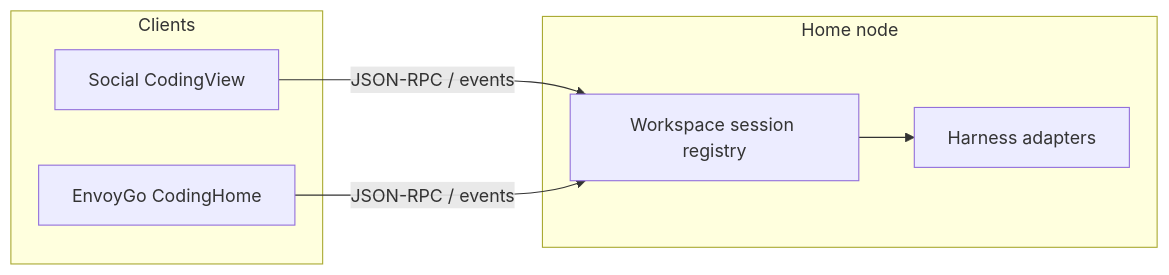
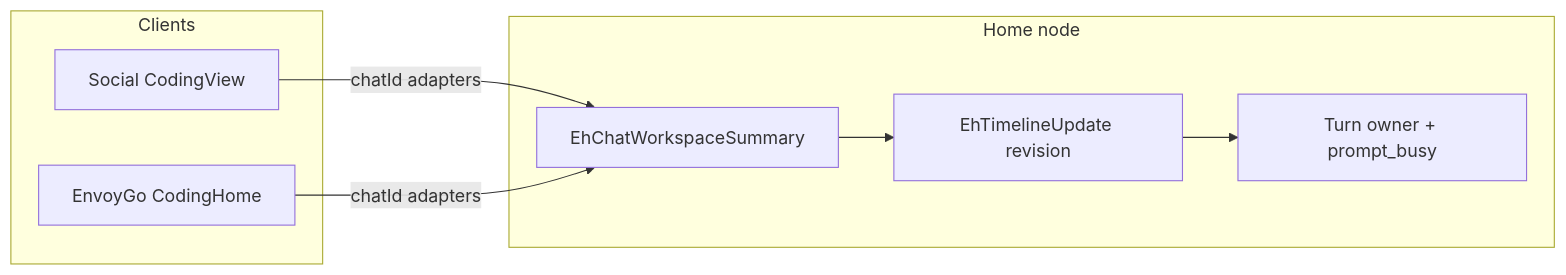
Before and after one commit to allenpeng0705/EnvoyMesh: the diagram in product_coding_tab_design.md, drawn with Mermaid. The commit also changed other lines of this file and 26 other files, not shown here.

````diff
--- a/product_coding_tab_design.md
+++ b/product_coding_tab_design.md
@@ -411,14 +559,16 @@
 ```mermaid
 flowchart LR
   subgraph clients [Clients]
     Social[Social CodingView]
     EnvoyGo[EnvoyGo CodingHome]
   end
   subgraph home [Home node]
-    Registry[Workspace session registry]
-    Adapters[Harness adapters]
+    EhStore[EhChatWorkspaceSummary]
+    Timeline[EhTimelineUpdate revision]
+    Turn[Turn owner + prompt_busy]
   end
-  Social -->|JSON-RPC / events| Registry
-  EnvoyGo -->|JSON-RPC / events| Registry
-  Registry --> Adapters
+  Social -->|chatId adapters| EhStore
+  EnvoyGo -->|chatId adapters| EhStore
+  EhStore --> Timeline
+  Timeline --> Turn
 ```
````
